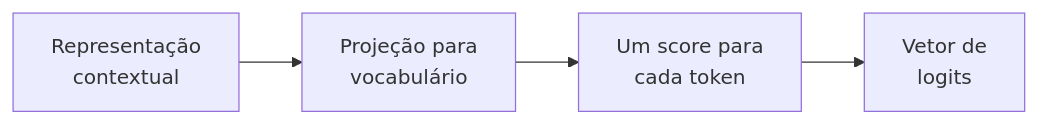
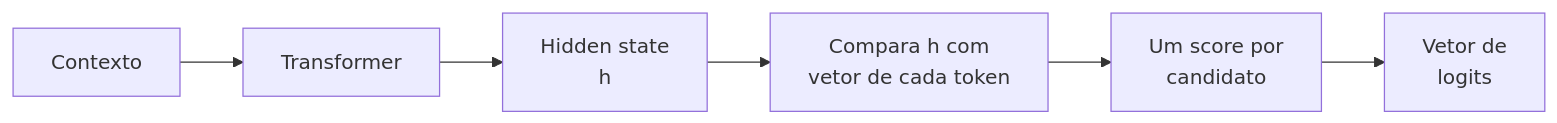
One commit to leorruas/programacao changed the third of 4 diagrams in llm/01-Dinâmica de treino e inferência em LLMs.md. Above: the diagram before and after it, drawn with Mermaid. The commit also changed other lines of this file, not shown here.

Commit message:
docs(llm): esclarecer logits, gradiente e temperatura

````diff
--- a/llm/01-Dinâmica de treino e inferência em LLMs.md
+++ b/llm/01-Dinâmica de treino e inferência em LLMs.md
@@ -120,6 +155,8 @@
 ```mermaid
 flowchart LR
-    A["Representação<br>contextual"] --> B["Projeção para<br>vocabulário"]
-    B --> C["Um score para<br>cada token"]
-    C --> D["Vetor de<br>logits"]
+    A["Contexto"] --> B["Transformer"]
+    B --> C["Hidden state<br>h"]
+    C --> D["Compara h com<br>vetor de cada token"]
+    D --> E["Um score por<br>candidato"]
+    E --> F["Vetor de<br>logits"]
 ```
````
